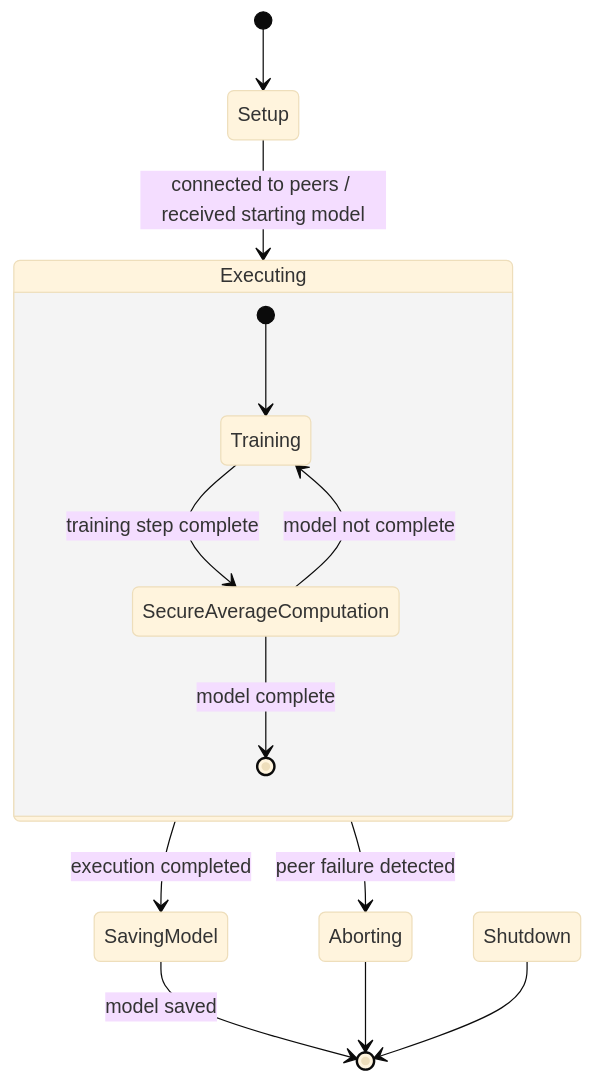
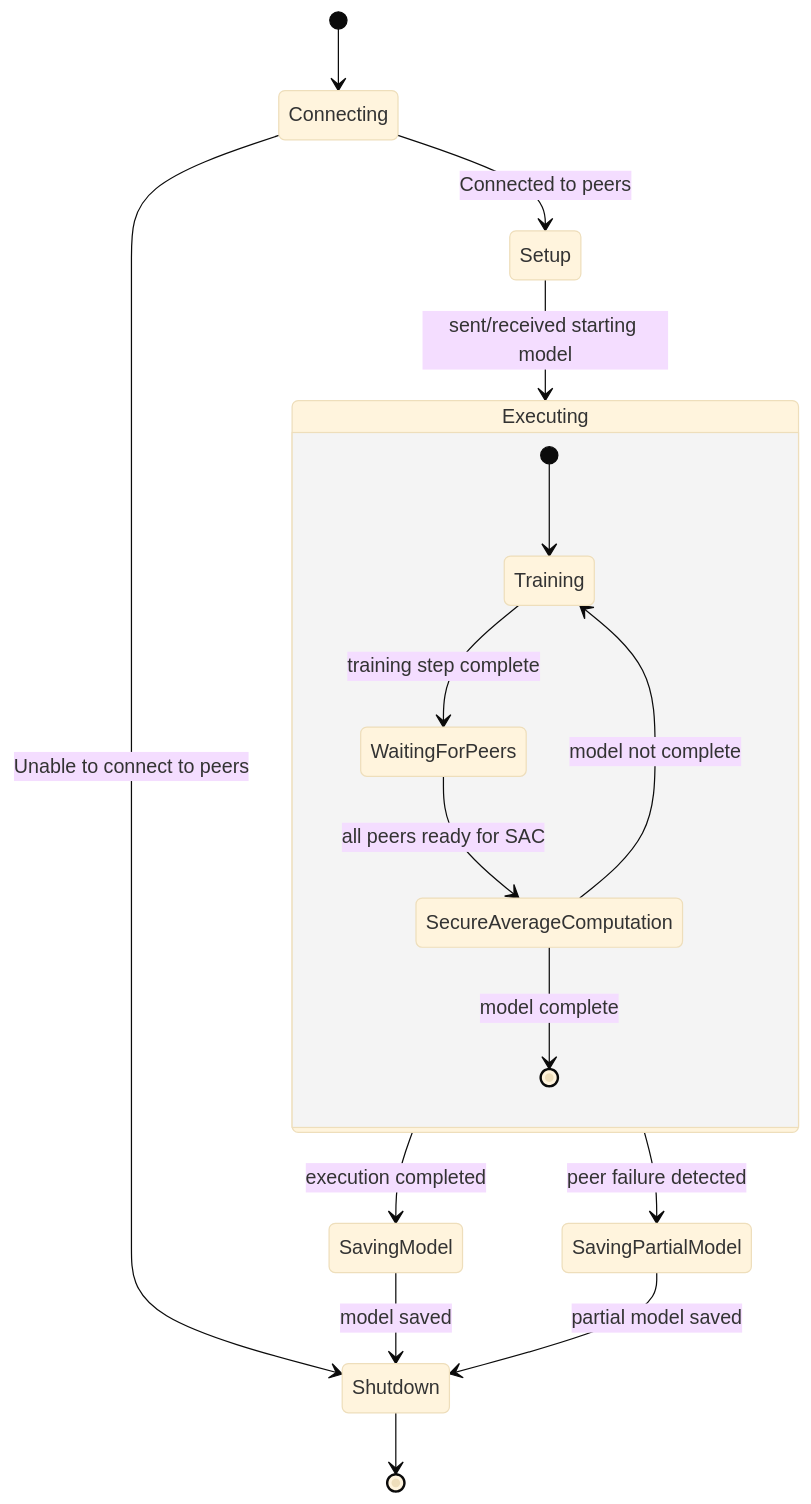
One commit to Oldranda1414/Privacy-P2P-Federated-Learning changed the diagram in doc/assets/src/state.mmd. Above: the diagram before and after it, drawn with Mermaid. The commit also changed 4 other files, not shown here.

```diff
--- a/doc/assets/src/state.mmd
+++ b/doc/assets/src/state.mmd
@@ -1,20 +1,22 @@
 ---
 config:
   theme: base
   look: classic
 ---
 stateDiagram-v2
-    [*] --> Setup
-
-    Setup --> Executing : connected to peers / received starting model
+    [*] --> Connecting
+    Connecting --> Setup : Connected to peers
+    Connecting --> Shutdown : Unable to connect to peers
+    Setup --> Executing : sent/received starting model
     state Executing {
         [*] --> Training
-        Training --> SecureAverageComputation : training step complete
+        Training --> WaitingForPeers : training step complete
+        WaitingForPeers --> SecureAverageComputation : all peers ready for SAC
         SecureAverageComputation --> Training : model not complete
         SecureAverageComputation --> [*] : model complete
     }
-    Executing --> Aborting : peer failure detected
+    Executing --> SavingPartialModel : peer failure detected
     Executing --> SavingModel : execution completed
-    SavingModel --> [*] : model saved
-    Aborting --> [*]
+    SavingModel --> Shutdown : model saved
+    SavingPartialModel --> Shutdown : partial model saved
     Shutdown --> [*]
```
